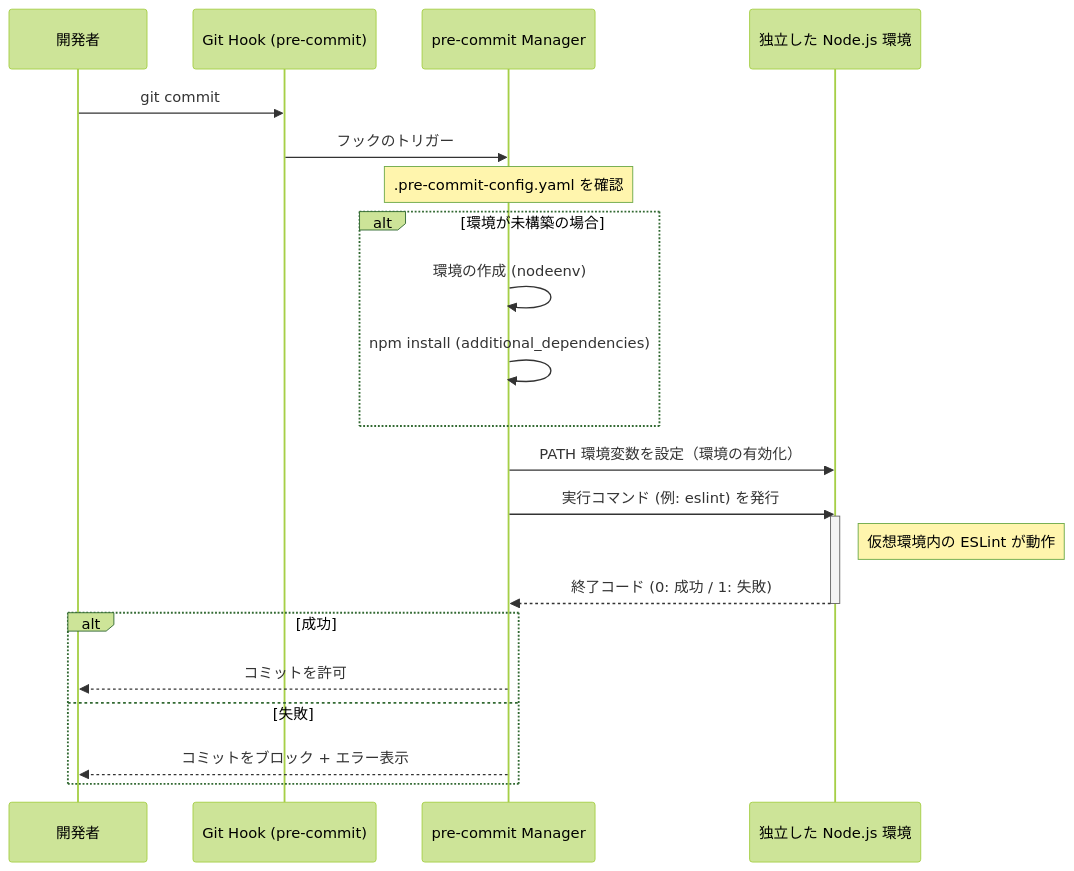
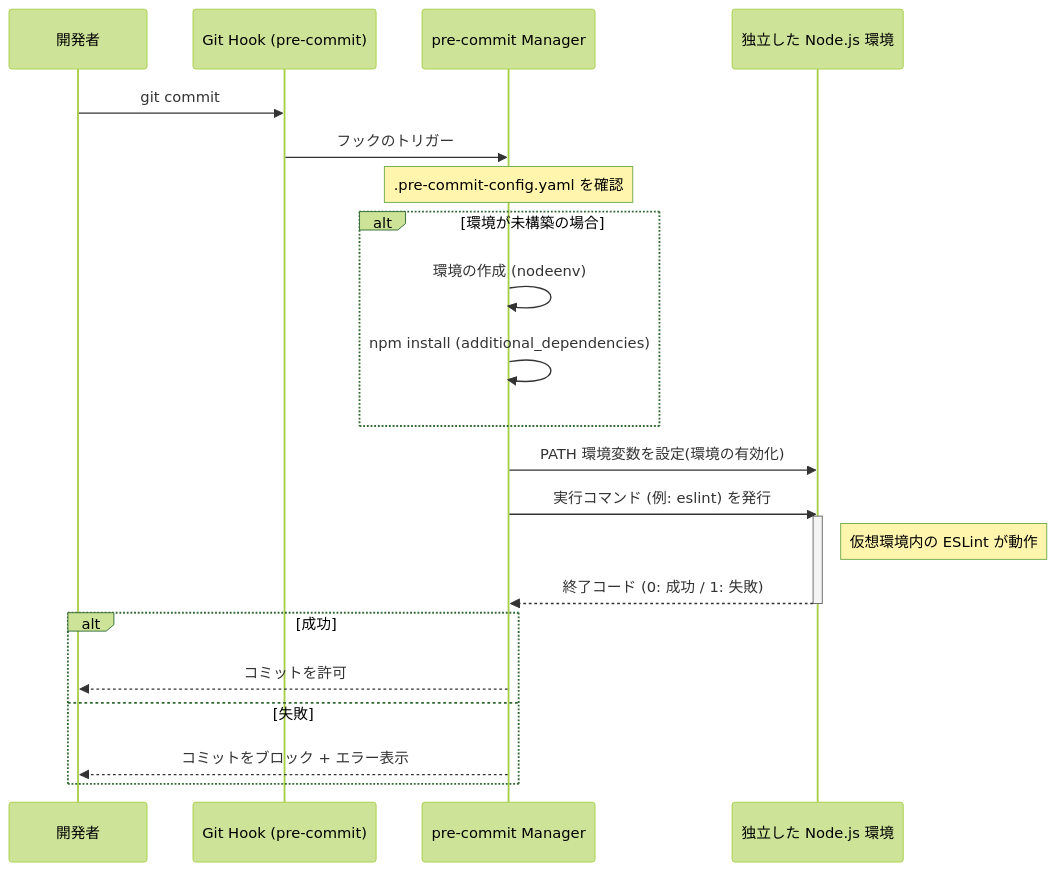
The sixth of 7 diagrams in docs/ARCHITECTURE.md (masanori-satake/refactoring-battle-arena), drawn with Mermaid (forest theme) before and after one commit. The commit also changed other lines of this file and 3 other files, not shown here.

````diff
--- a/docs/ARCHITECTURE.md
+++ b/docs/ARCHITECTURE.md
@@ -217,30 +219,30 @@
 ```mermaid
 sequenceDiagram
     participant Dev as 開発者
     participant Git as Git Hook (pre-commit)
     participant PC as pre-commit Manager
     participant ENV as 独立した Node.js 環境
 
     Dev->>Git: git commit
     Git->>PC: フックのトリガー
 
     Note over PC: .pre-commit-config.yaml を確認
 
     alt 環境が未構築の場合
         PC->>PC: 環境の作成 (nodeenv)
         PC->>PC: npm install (additional_dependencies)
     end
 
-    PC->>ENV: PATH 環境変数を設定（環境の有効化）
+    PC->>ENV: PATH 環境変数を設定(環境の有効化)
     PC->>ENV: 実行コマンド (例: eslint) を発行
     activate ENV
     Note right of ENV: 仮想環境内の ESLint が動作
     ENV-->>PC: 終了コード (0: 成功 / 1: 失敗)
     deactivate ENV
 
     alt 成功
         PC-->>Dev: コミットを許可
     else 失敗
         PC-->>Dev: コミットをブロック + エラー表示
     end
 ```
````
